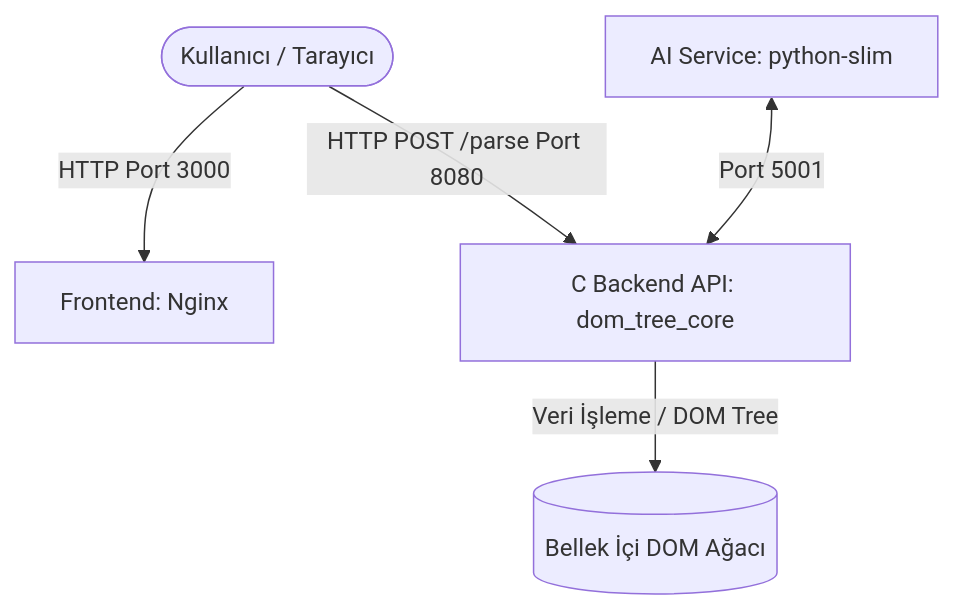
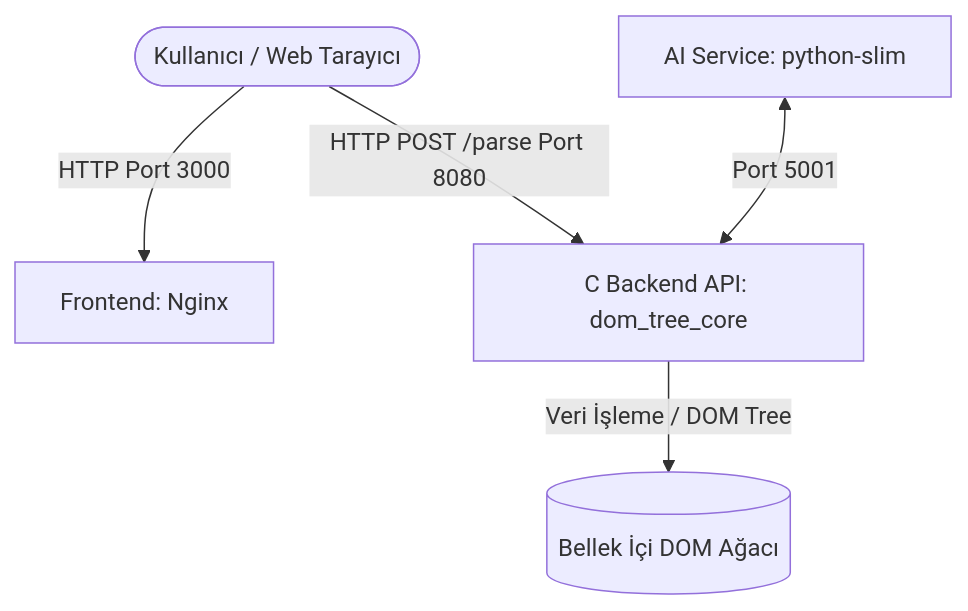
Before and after one commit to BerkanKayrakoglu/VeriYapilari_DOM_Tree: the first of 2 diagrams in RAPOR.md, drawn with Mermaid. The commit also changed other lines of this file, not shown here.

````diff
--- a/RAPOR.md
+++ b/RAPOR.md
@@ -13,7 +33,7 @@
 ```mermaid
 graph TD
-    User([Kullanıcı / Tarayıcı]) -->|HTTP Port 3000| FE[Frontend: Nginx]
+    User([Kullanıcı / Web Tarayıcı]) -->|HTTP Port 3000| FE[Frontend: Nginx]
     User -->|HTTP POST /parse Port 8080| BE[C Backend API: dom_tree_core]
     BE -->|Veri İşleme / DOM Tree| DB[(Bellek İçi DOM Ağacı)]
     AI[AI Service: python-slim] <-->|Port 5001| BE
 ```
````
